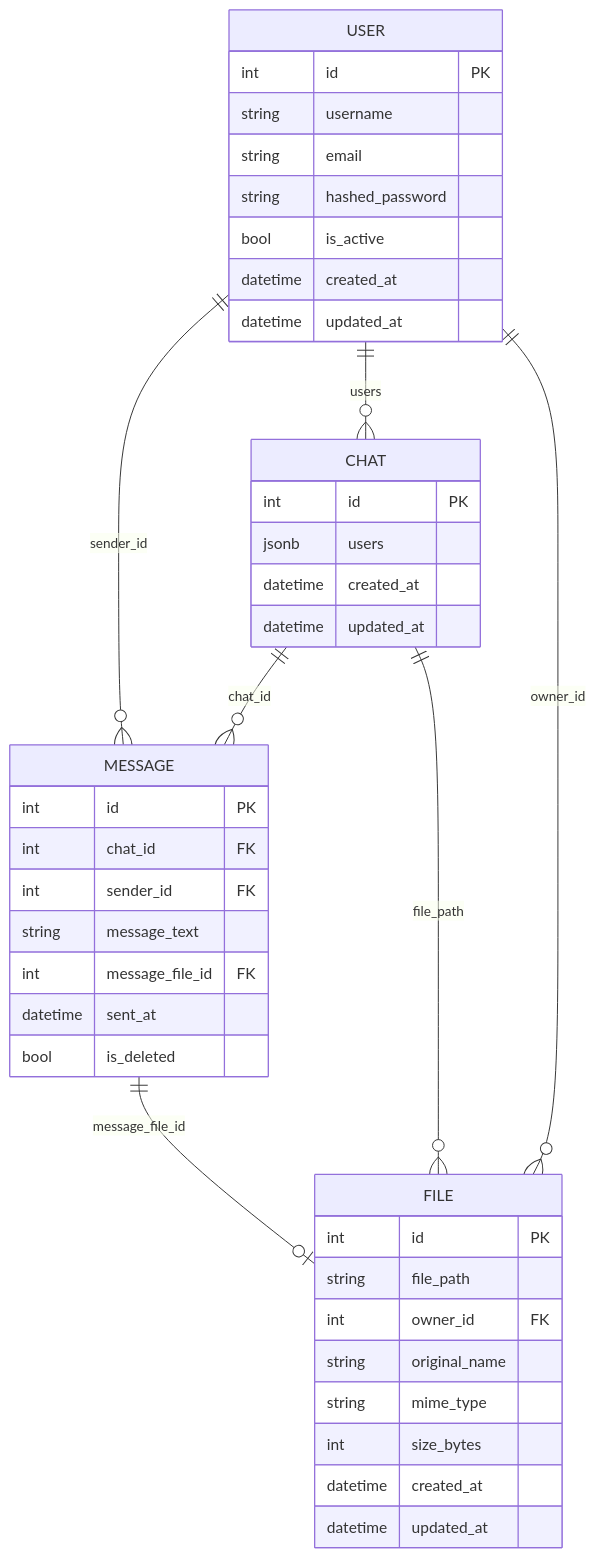
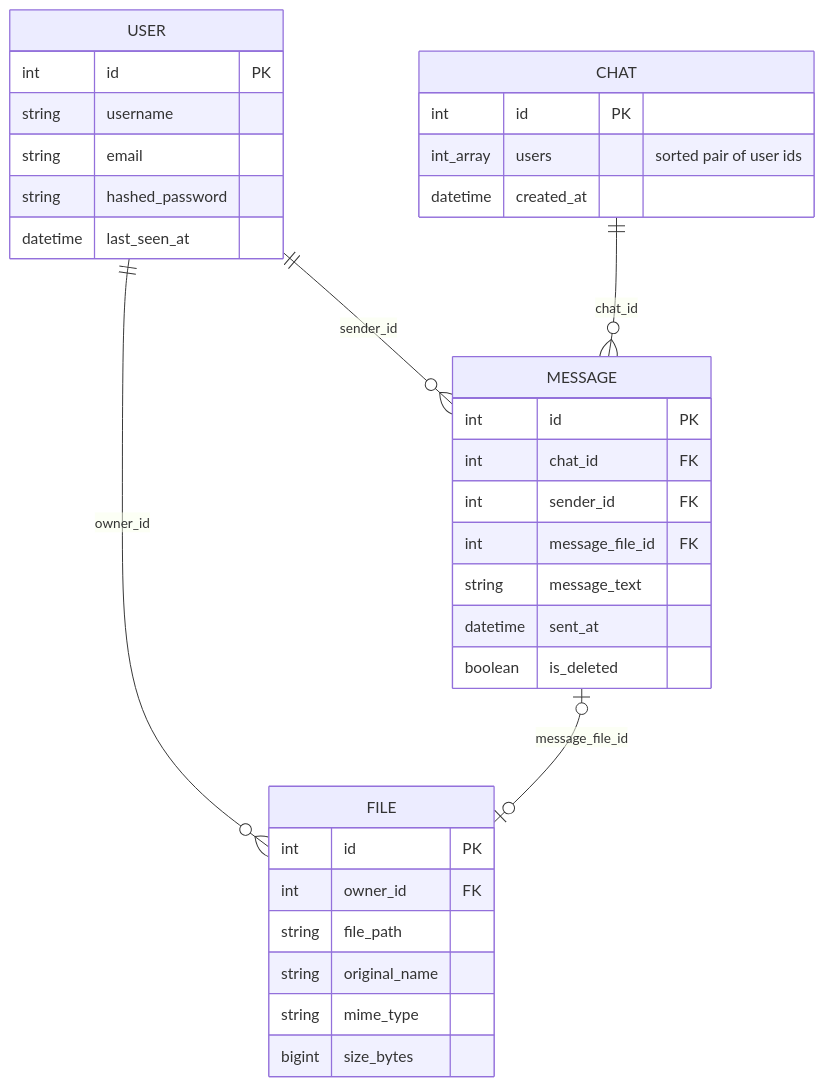
Before and after one commit to ITouch228/fastapi-realtime-messenger: the third of 4 diagrams in docs/architecture.md, drawn with Mermaid. The commit also changed other lines of this file and 8 other files, not shown here.

First line of the commit message:
docs: актуализировать README, диаграммы и правила Git (#14)

````diff
--- a/docs/architecture.md
+++ b/docs/architecture.md
@@ -190,44 +53,36 @@
 ```mermaid
 erDiagram
     USER ||--o{ MESSAGE : "sender_id"
-    USER ||--o{ CHAT : "users"
+    USER ||--o{ FILE : "owner_id"
     CHAT ||--o{ MESSAGE : "chat_id"
-    CHAT ||--o{ FILE : "file_path"
-    MESSAGE ||--o| FILE : "message_file_id"
-    USER ||--o{ FILE : "owner_id"
-
+    MESSAGE o|--o| FILE : "message_file_id"
     USER {
         int id PK
         string username
         string email
         string hashed_password
-        bool is_active
-        datetime created_at
-        datetime updated_at
+        datetime last_seen_at
     }
     CHAT {
         int id PK
-        jsonb users
+        int_array users "sorted pair of user ids"
         datetime created_at
-        datetime updated_at
     }
     MESSAGE {
         int id PK
         int chat_id FK
         int sender_id FK
+        int message_file_id FK
         string message_text
-        int message_file_id FK
         datetime sent_at
-        bool is_deleted
+        boolean is_deleted
     }
     FILE {
         int id PK
+        int owner_id FK
         string file_path
-        int owner_id FK
         string original_name
         string mime_type
-        int size_bytes
-        datetime created_at
-        datetime updated_at
+        bigint size_bytes
     }
 ```
````
